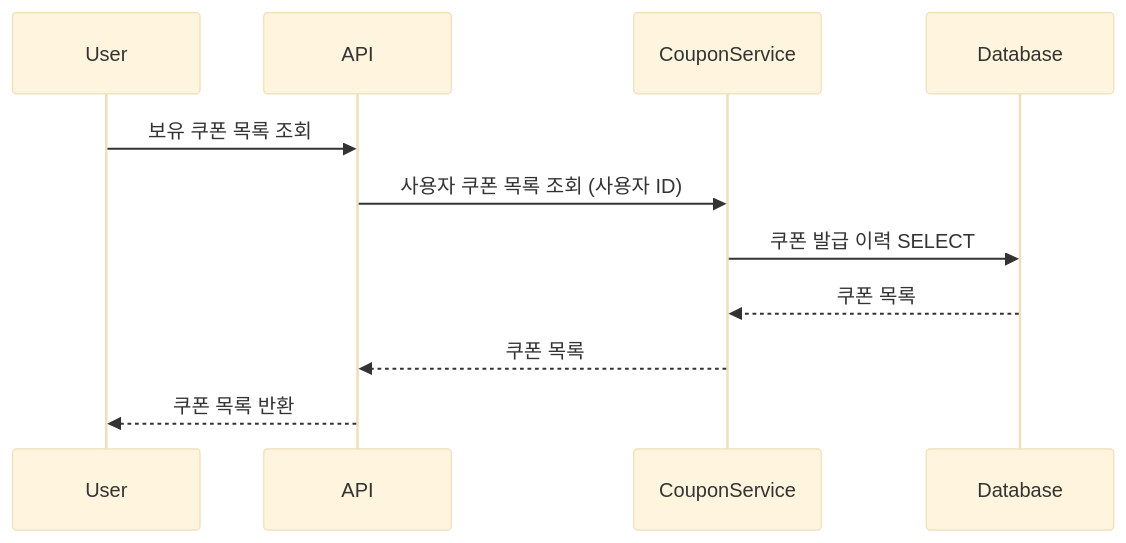
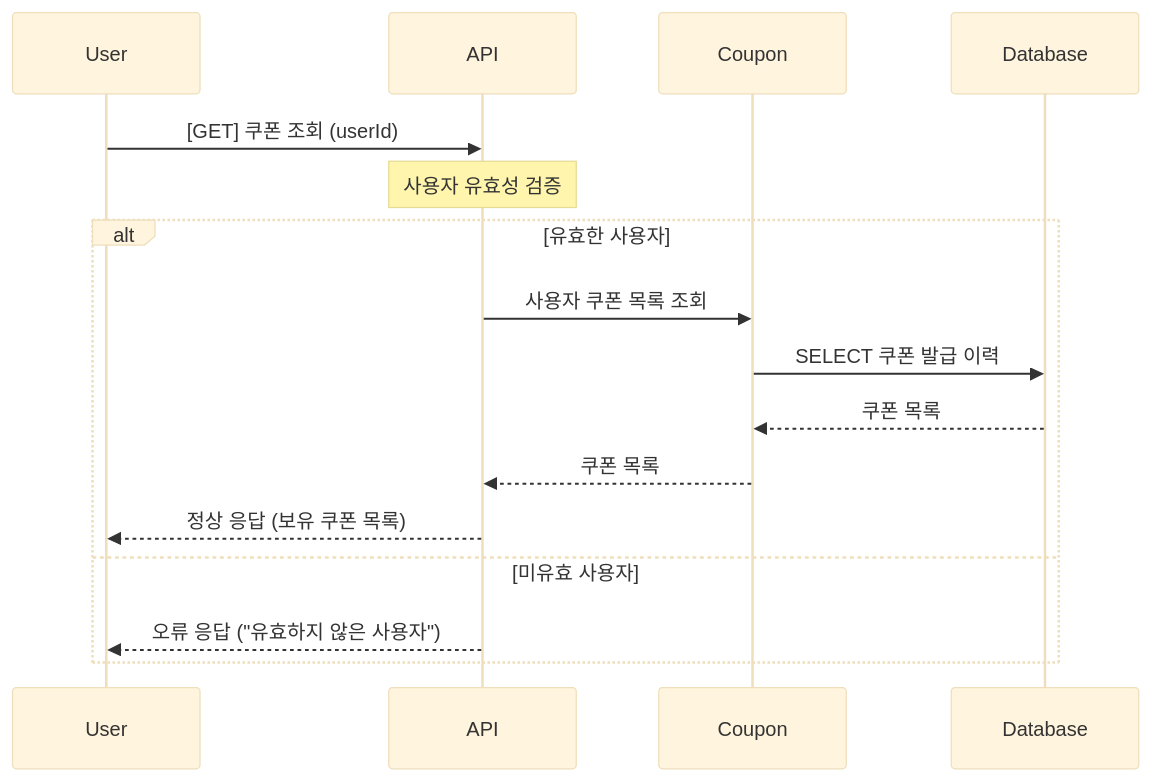
Before and after one commit to kergosdyr/hhplus-commerce-java: the fifth of 8 diagrams in docs/02_sequence.md, drawn with Mermaid (base theme). The commit also changed other lines of this file, not shown here.

Commit message:
doc(sequence): edit sequence diagram to sync with flow chart

````diff
--- a/docs/02_sequence.md
+++ b/docs/02_sequence.md
@@ -97,14 +146,18 @@
 ```mermaid
 sequenceDiagram
     participant User
     participant API
-    participant CouponService
+    participant Coupon
     participant Database
-
-    User->>API: 보유 쿠폰 목록 조회
-    API->>CouponService: 사용자 쿠폰 목록 조회 (사용자 ID)
-    CouponService->>Database: 쿠폰 발급 이력 SELECT
-    Database-->>CouponService: 쿠폰 목록
-    CouponService-->>API: 쿠폰 목록
-    API-->>User: 쿠폰 목록 반환
+    User ->> API: [GET] 쿠폰 조회 (userId)
+    note over API: 사용자 유효성 검증
+    alt 유효한 사용자
+        API ->> Coupon: 사용자 쿠폰 목록 조회
+        Coupon ->> Database: SELECT 쿠폰 발급 이력
+        Database -->> Coupon: 쿠폰 목록
+        Coupon -->> API: 쿠폰 목록
+        API -->> User: 정상 응답 (보유 쿠폰 목록)
+    else 미유효 사용자
+        API -->> User: 오류 응답 ("유효하지 않은 사용자")
+    end
 ```
````
